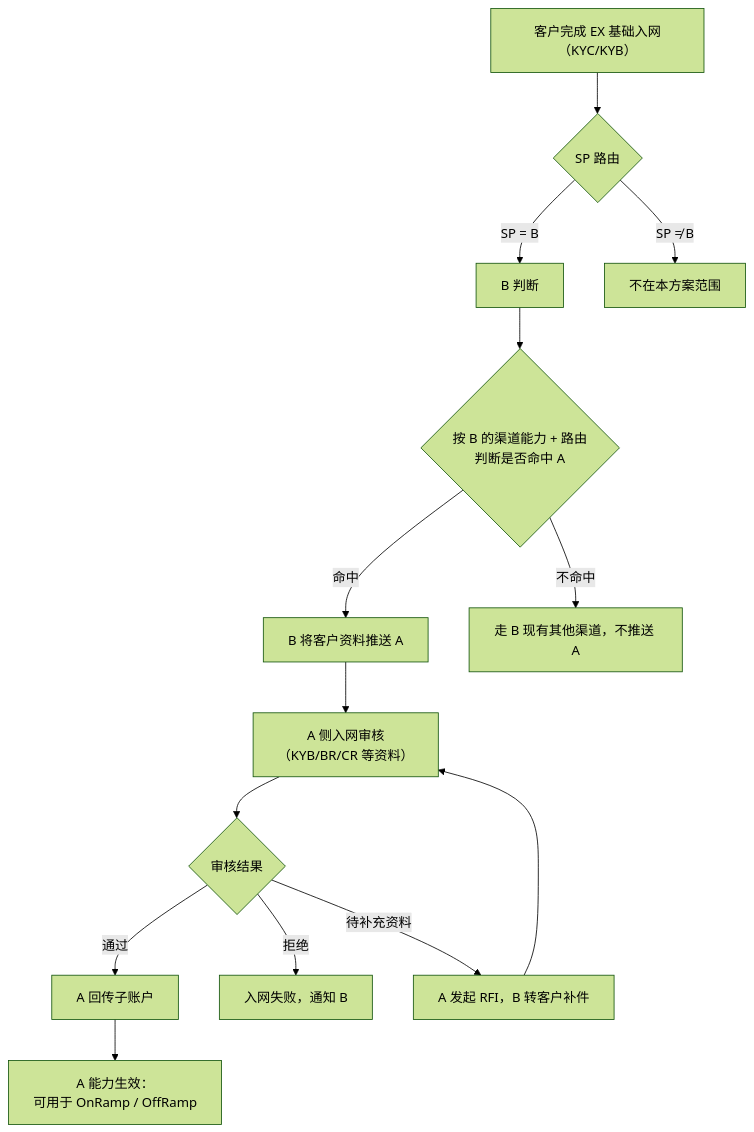
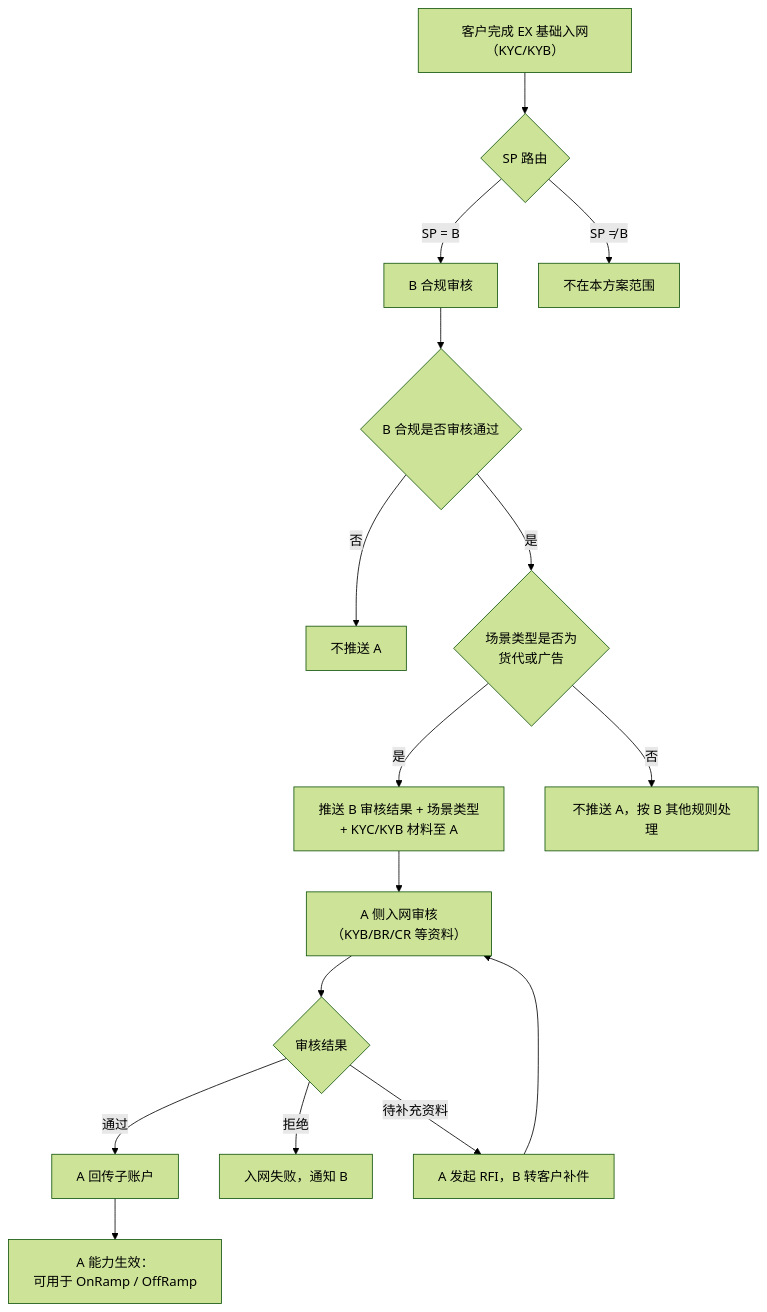
Before and after one commit to xiaoxiaoangie/EX-NEW: the first of 2 diagrams in ABSolutions/B-A/AB互通-入网方案.md, drawn with Mermaid (forest theme). The commit also changed other lines of this file and 20 other files, not shown here.

````diff
--- a/ABSolutions/B-A/AB互通-入网方案.md
+++ b/ABSolutions/B-A/AB互通-入网方案.md
@@ -20,21 +20,23 @@
 ```mermaid
 flowchart TD
     C["客户完成 EX 基础入网（KYC/KYB）"] --> S{"SP 路由"}
-    S -->|"SP = B"| B1["B 判断"]
+    S -->|"SP = B"| B1["B 合规审核"]
     S -->|"SP ≠ B"| X["不在本方案范围"]
 
-    B1 --> B2{"按 B 的渠道能力 + 路由<br/>判断是否命中 A"}
-    B2 -->|"命中"| PUSH["B 将客户资料推送 A"]
-    B2 -->|"不命中"| OTH["走 B 现有其他渠道，不推送 A"]
+    B1 --> B2{"B 合规是否审核通过"}
+    B2 -->|"否"| BFAIL["不推送 A"]
+    B2 -->|"是"| SCENE{"场景类型是否为<br/>货代或广告"}
+    SCENE -->|"是"| PUSH["推送 B 审核结果 + 场景类型<br/>+ KYC/KYB 材料至 A"]
+    SCENE -->|"否"| OTH["不推送 A，按 B 其他规则处理"]
 
     PUSH --> AKYC["A 侧入网审核<br/>（KYB/BR/CR 等资料）"]
     AKYC --> ARES{"审核结果"}
     ARES -->|"通过"| ABIND["A 回传子账户 "]
     ARES -->|"拒绝"| AFAIL["入网失败，通知 B"]
     ARES -->|"待补充资料"| ARFI["A 发起 RFI，B 转客户补件"]
     ARFI --> AKYC
 
     ABIND --> READY["A 能力生效：<br/>可用于 OnRamp / OffRamp"]
 
     
 ```
````
